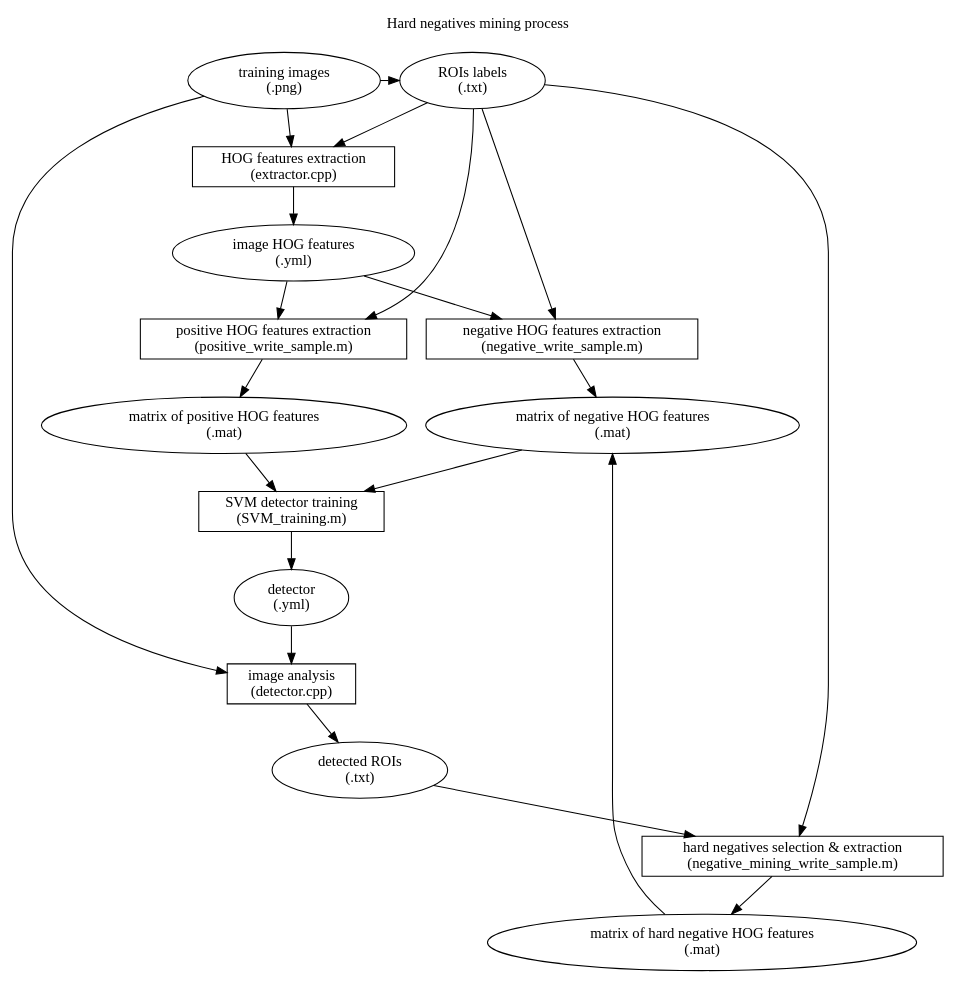
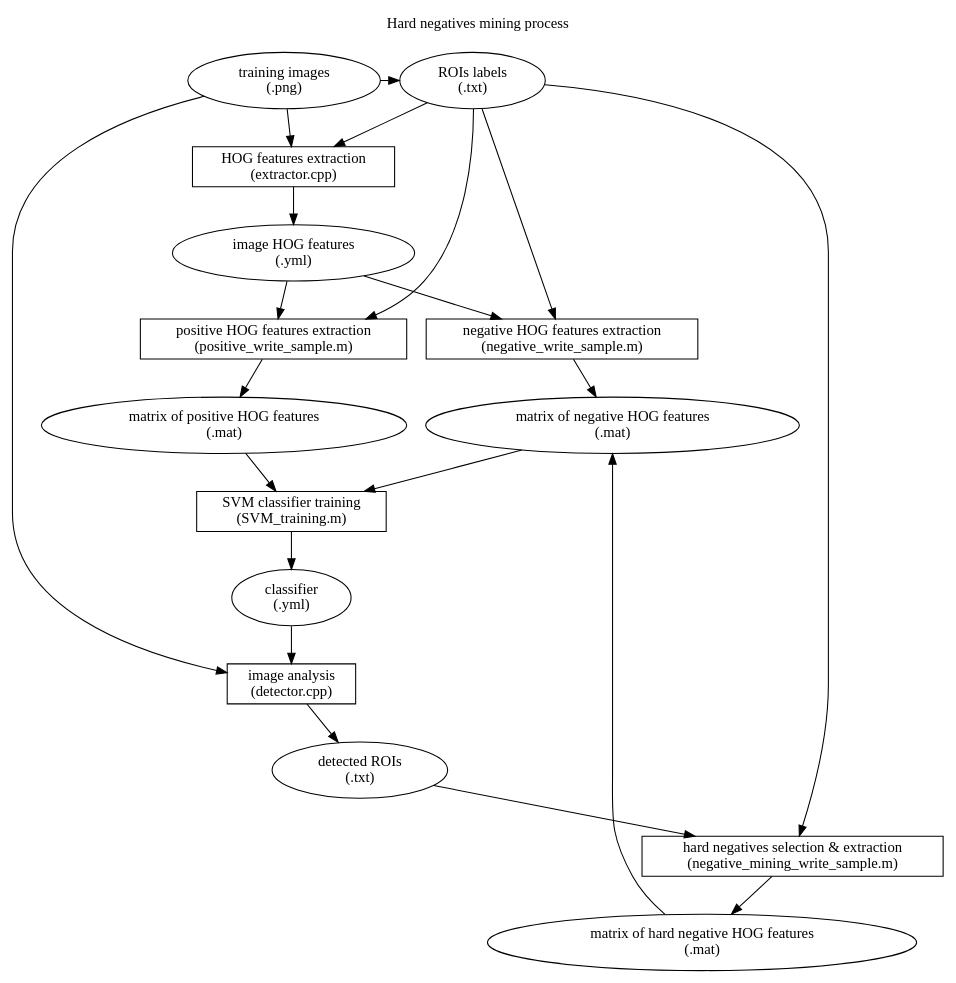
Before and after one commit to asdtue2015/cardetector: the diagram in doc/workflow.gv, drawn with Graphviz.

Commit message:
updated terminology

```diff
--- a/doc/workflow.gv
+++ b/doc/workflow.gv
@@ -1,43 +1,43 @@
 digraph G {
 	training_images [label="training images\n(.png)"];
 	training_labels [label="ROIs labels\n(.txt)"];
 	extractor [shape=box,label="HOG features extraction\n(extractor.cpp)"];
 	image_hog [label="image HOG features\n(.yml)"];
 	positive_samples_m [shape=box,label="positive HOG features extraction\n(positive_write_sample.m)"];
 	negative_samples_m [shape=box,label="negative HOG features extraction\n(negative_write_sample.m)"];
 	postive_samples_hog [label="matrix of positive HOG features\n(.mat)"]
 	negative_samples_hog [label="matrix of negative HOG features\n(.mat)"]
-	detector_training_m [shape=box,label="SVM detector training\n(SVM_training.m)"];
-	detector_file [label="detector\n(.yml)"]
+	detector_training_m [shape=box,label="SVM classifier training\n(SVM_training.m)"];
+	detector_file [label="classifier\n(.yml)"]
 	detector_cpp [shape=box,label="image analysis\n(detector.cpp)"];
 	labels_detected [label="detected ROIs\n(.txt)"]
 	sort_labels_m [shape=box,label="hard negatives selection & extraction\n(negative_mining_write_sample.m)"];
 	hard_negatives_hog [label="matrix of hard negative HOG features\n(.mat)"]
 
 	training_images -> training_labels;
 	training_images -> extractor;
 	training_labels -> positive_samples_m;
 	training_labels -> negative_samples_m;
 	training_labels -> extractor;
 	extractor -> image_hog;
 	image_hog -> positive_samples_m;
 	image_hog -> negative_samples_m;
 	positive_samples_m -> postive_samples_hog;
 	negative_samples_m -> negative_samples_hog;
 	postive_samples_hog -> detector_training_m;
 	negative_samples_hog -> detector_training_m;
 	detector_training_m -> detector_file;
 	detector_file -> detector_cpp;
 	training_images -> detector_cpp;
 	detector_cpp -> labels_detected;
 	labels_detected -> sort_labels_m;
 	training_labels -> sort_labels_m;
 	sort_labels_m -> hard_negatives_hog;
 	hard_negatives_hog -> negative_samples_hog;
 
 	{ rank = same; "postive_samples_hog"; "negative_samples_hog"; };
 	{ rank = same; "training_images"; "training_labels"; };
 
 	labelloc="t";
     label="Hard negatives mining process\n	";
 }
```
